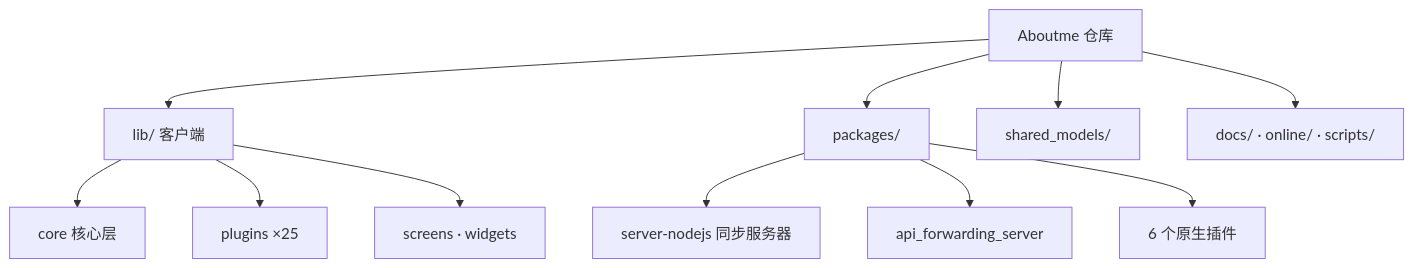
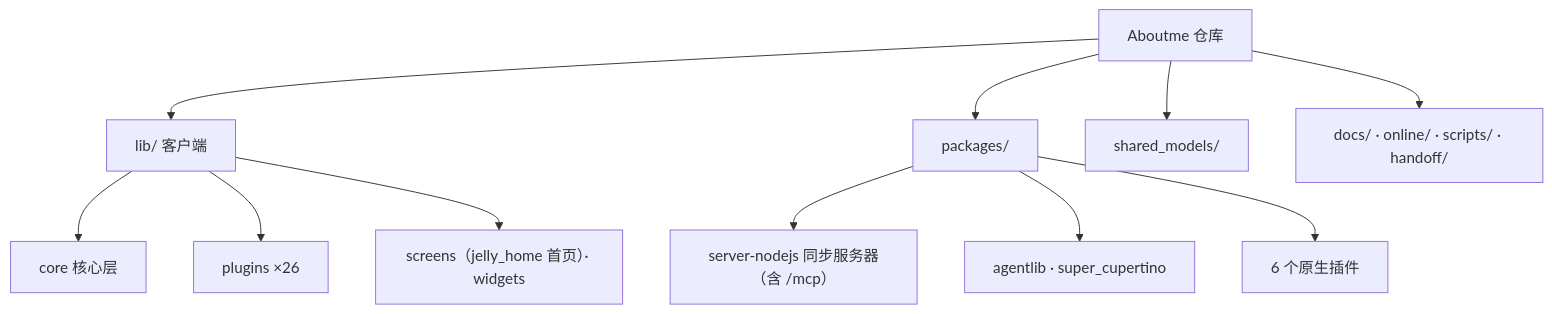
One commit to hunmer/about-me changed the diagram in CLAUDE.md. Above: the diagram before and after it, drawn with Mermaid. The commit also changed other lines of this file and 93 other files, not shown here.

````diff
--- a/CLAUDE.md
+++ b/CLAUDE.md
@@ -48,13 +48,13 @@
 ```mermaid
 graph TD
     Root["Aboutme 仓库"] --> Lib["lib/ 客户端"]
     Root --> Pkg["packages/"]
     Root --> Shared["shared_models/"]
-    Root --> Docs["docs/ · online/ · scripts/"]
-    Pkg --> Srv["server-nodejs 同步服务器"]
-    Pkg --> FWD["api_forwarding_server"]
+    Root --> Docs["docs/ · online/ · scripts/ · handoff/"]
+    Pkg --> Srv["server-nodejs 同步服务器（含 /mcp）"]
+    Pkg --> Dart["agentlib · super_cupertino"]
     Pkg --> Native["6 个原生插件"]
     Lib --> Core["core 核心层"]
-    Lib --> Plugins["plugins ×25"]
-    Lib --> UI["screens · widgets"]
+    Lib --> Plugins["plugins ×26"]
+    Lib --> UI["screens（jelly_home 首页）· widgets"]
 ```
````
